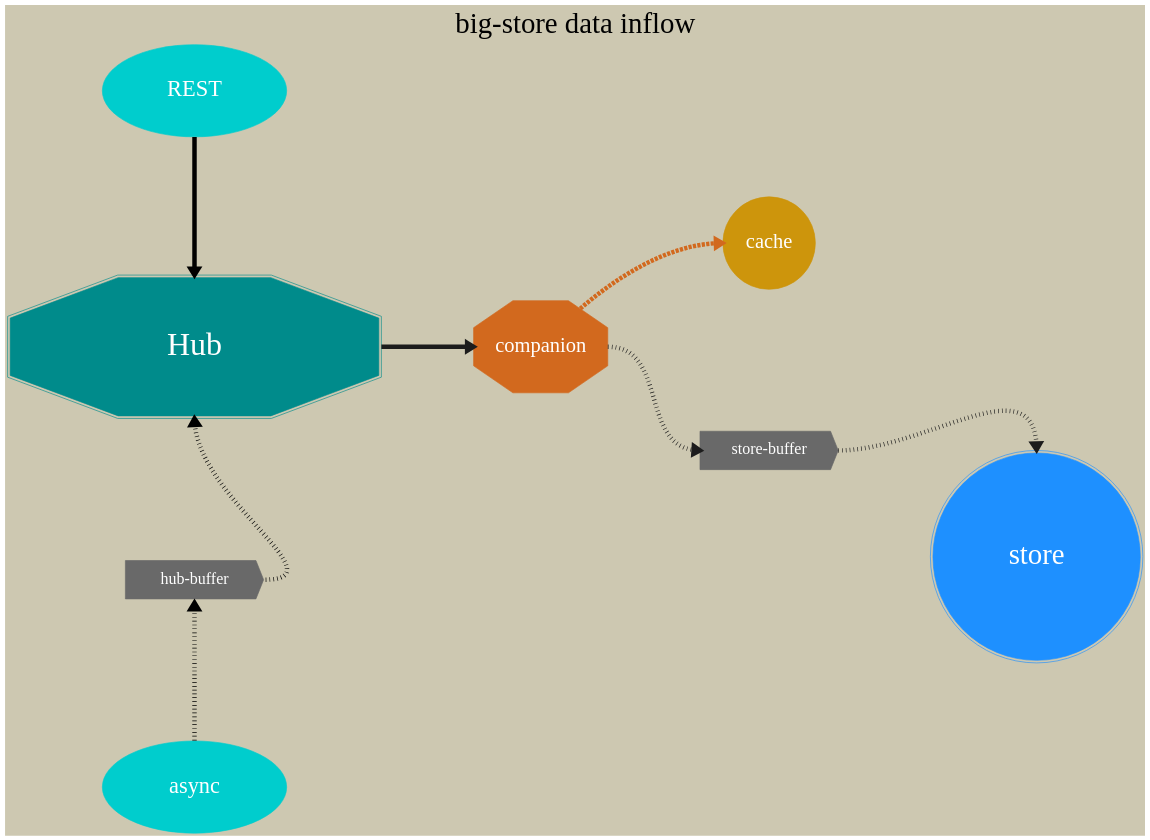
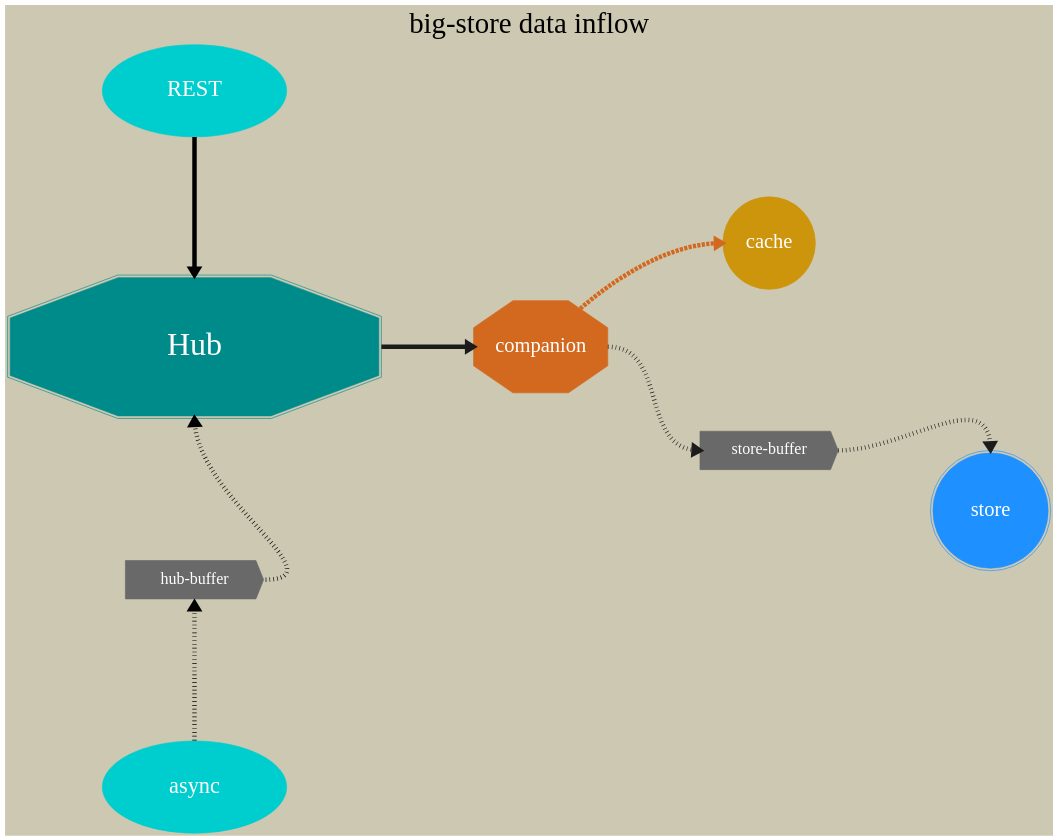
One commit to jakubriegel/big-store-wti changed the diagram in docs/schema/big-store-data-inflow.gv. Above: the diagram before and after it, drawn with Graphviz. The commit also changed 4 other files, not shown here.

Commit message:
outflow diagram

```diff
--- a/docs/schema/big-store-data-inflow.gv
+++ b/docs/schema/big-store-data-inflow.gv
@@ -1,36 +1,36 @@
 digraph bigstore {
     
     label="big-store data inflow"
     labelloc=t
     fontname="JetBrains Mono Medium"
 
     graph [fontsize=45 ranksep=2 bgcolor=cornsilk3]
     node [fontname="JetBrains Mono Medium" fontcolor=white style=filled]
     edge [penwidth=7 style=bold] 
     nodesep=3
     rankdir=LR
 
     subgraph hub {
         rank=source;
         "Hub" [fontsize=50 shape=doubleoctagon color=cyan4 height=3 width=8]
         "REST" [fontsize=35 shape=oval color=cyan3 height=2 width=4]
         "hub-buffer" [fontsize=25 shape=cds color=dimgrey height=1 width=3]
         "async" [fontsize=35 shape=oval color=cyan3 height=2 width=4]
 
         "REST" -> "Hub" [dir=both headport=n] 
         "Hub" -> "hub-buffer" [style=invis]
         "hub-buffer" -> "async" [style=invis]
         "async" -> "hub-buffer" [headport=s tailport=n style=dotted]
         "hub-buffer" -> "Hub" [headport=s tailport=e style=dotted]
     }
         
-    "store" [fontsize=45 shape=doublecircle width=4.5 color=dodgerblue1]
+    "store" [fontsize=32 shape=doublecircle width=2.5 color=dodgerblue1]
     "companion" [padding=5 fontsize=32 shape=octagon color=chocolate height=2 colorsheme=paired12]
     "cache" [padding=5 fontsize=32 shape=circle color=darkgoldenrod3 colorsheme=paired12]
     "store-buffer" [fontsize=25 shape=cds color=dimgrey height=1 width=3]
 
     "Hub" -> "companion" [headport=w tailport=e color=grey11]
     "companion" -> "store-buffer" [headport=w tailport=e color=grey11 style=dotted]
     "store-buffer" -> "store" [headport=n tailport=e color=grey11 style=dotted]
     "companion" -> "cache" [headport=w color=chocolate style=dashed]
 }
```
